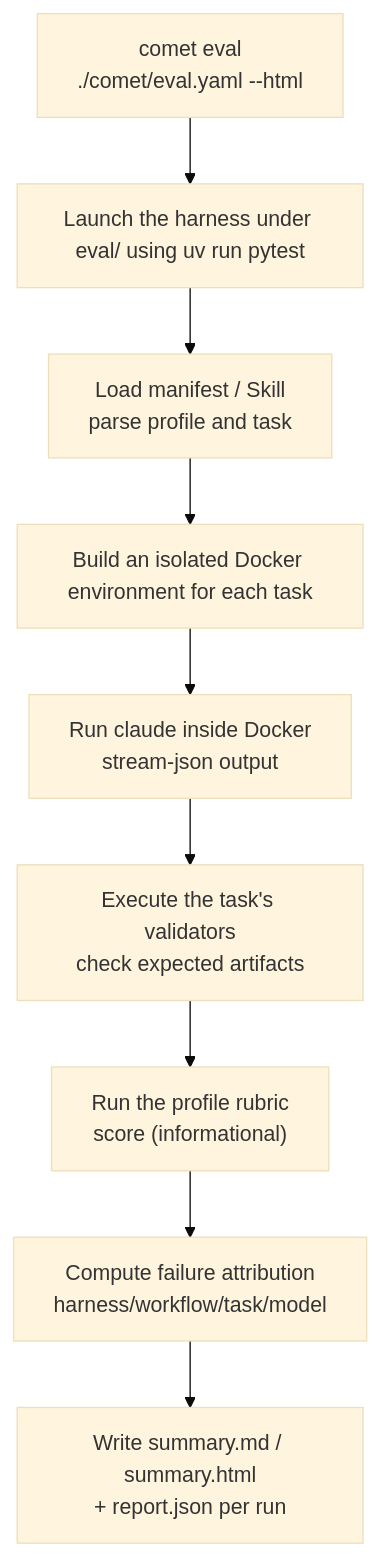
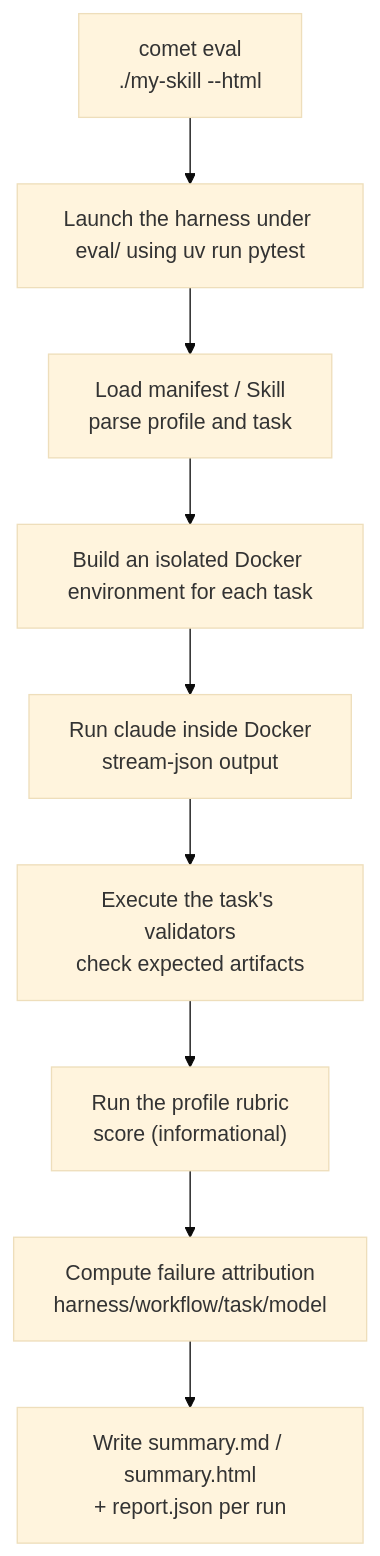
The diagram in en/eval/quickstart.mdx (rpamis/comet-website-docs), drawn with Mermaid (base theme) before and after one commit. The commit also changed other lines of this file and 9 other files, not shown here.

First line of the commit message:
docs: lead eval docs with skill-path entry, de-emphasize eval.yaml

````diff
--- a/en/eval/quickstart.mdx
+++ b/en/eval/quickstart.mdx
@@ -163,11 +171,11 @@
 ```mermaid
 flowchart TD
-    A["comet eval<br/>./comet/eval.yaml --html"] --> B["Launch the harness under eval/ using uv run pytest"]
+    A["comet eval<br/>./my-skill --html"] --> B["Launch the harness under eval/ using uv run pytest"]
     B --> C["Load manifest / Skill<br/>parse profile and task"]
     C --> D["Build an isolated Docker environment for each task"]
     D --> E["Run claude inside Docker<br/>stream-json output"]
     E --> F["Execute the task's validators<br/>check expected artifacts"]
     F --> G["Run the profile rubric<br/>score (informational)"]
     G --> H["Compute failure attribution<br/>harness/workflow/task/model"]
     H --> I["Write summary.md / summary.html<br/>+ report.json per run"]
 ```
````
